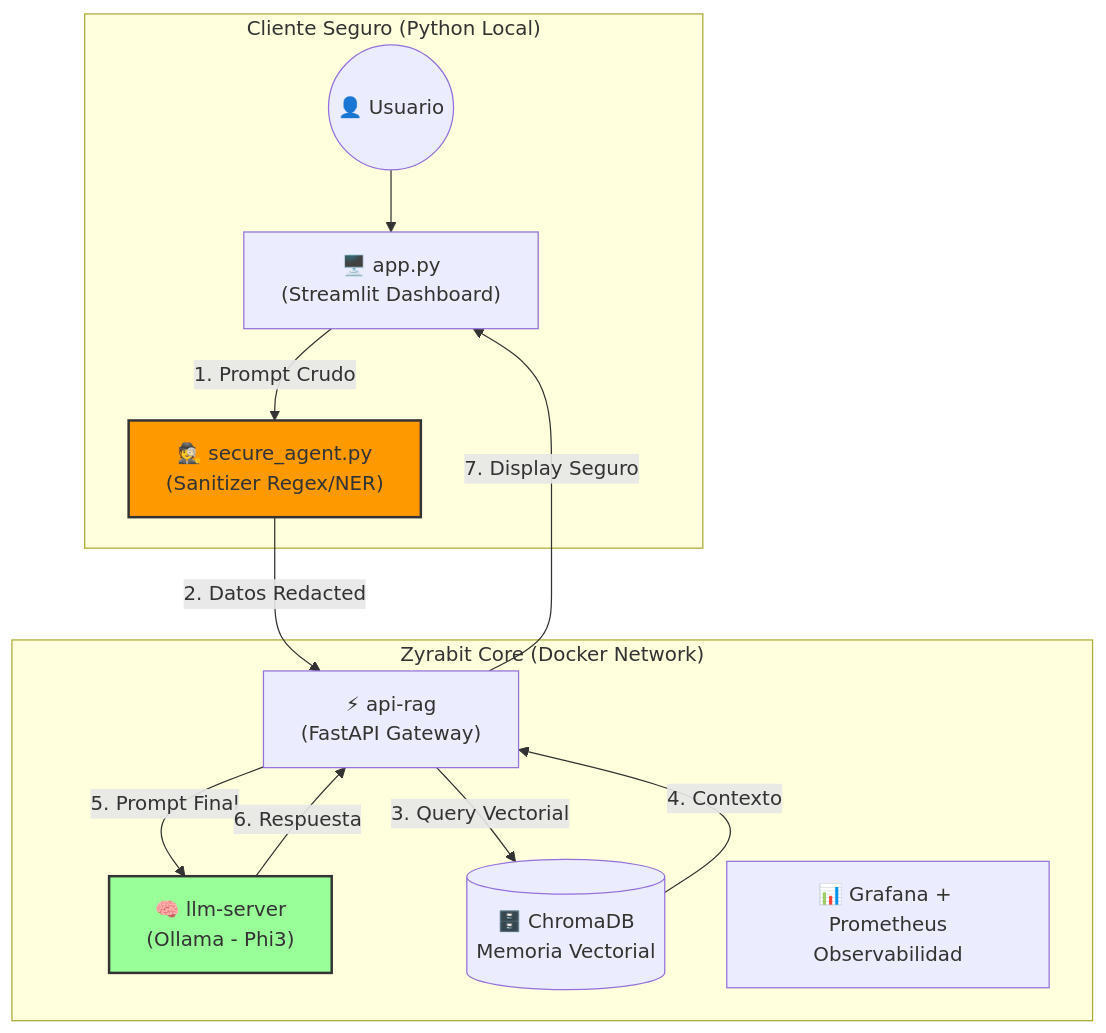
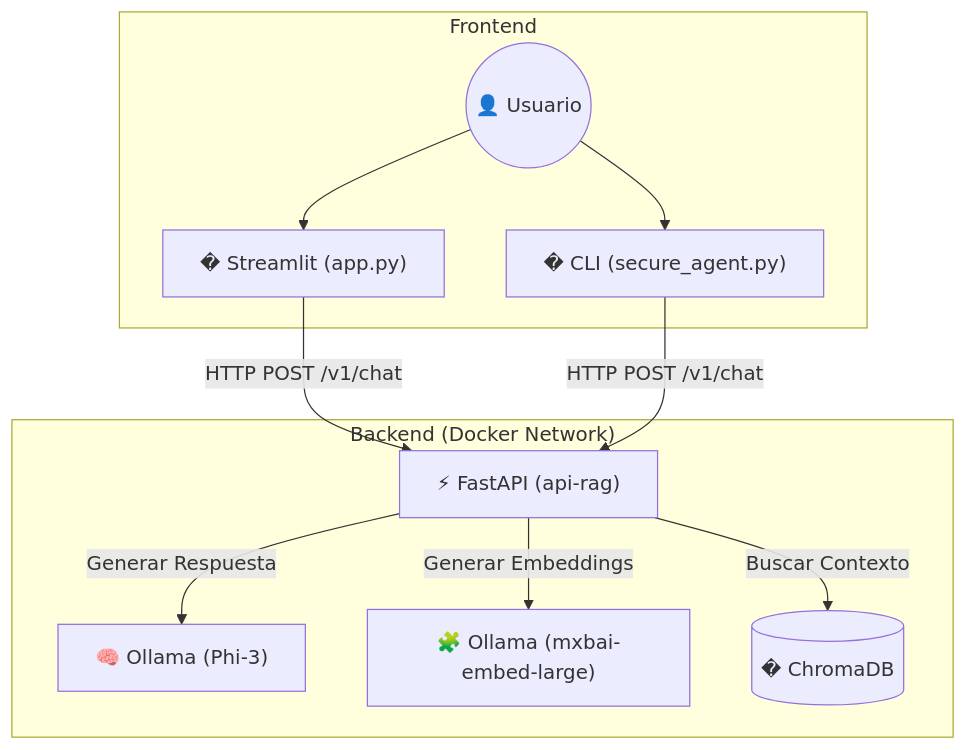
Before and after one commit to Zyrabit-tech/zyrabit-SLM: the diagram in README.md, drawn with Mermaid. The commit also changed other lines of this file and 10 other files, not shown here.

Commit message:
feat: Implement RAG API with `mxbai-embed-large` embeddings for ingestion, add multilingual contribution guides, and update documentation.

````diff
--- a/README.md
+++ b/README.md
@@ -11,27 +20,23 @@
 ```mermaid
 graph TD
-    subgraph "Cliente Seguro (Python Local)"
+    subgraph "Frontend"
         User((👤 Usuario))
-        Agent["🕵️ secure_agent.py<br/>(Sanitizer Regex/NER)"]
-        UI["🖥️ app.py<br/>(Streamlit Dashboard)"]
+        UI["�️ Streamlit (app.py)"]
+        CLI["� CLI (secure_agent.py)"]
     end
 
-    subgraph "Zyrabit Core (Docker Network)"
-        API["⚡ api-rag<br/>(FastAPI Gateway)"]
-        LLM["🧠 llm-server<br/>(Ollama - Phi3)"]
-        VectorDB[("🗄️ ChromaDB<br/>Memoria Vectorial")]
-        Monitor["📊 Grafana + Prometheus<br/>Observabilidad"]
+    subgraph "Backend (Docker Network)"
+        API["⚡ FastAPI (api-rag)"]
+        LLM["🧠 Ollama (Phi-3)"]
+        Embed["🧩 Ollama (mxbai-embed-large)"]
+        VectorDB[("�️ ChromaDB")]
     end
 
     User --> UI
-    UI -->|1. Prompt Crudo| Agent
-    Agent -->|2. Datos Redacted| API
-    API -->|3. Query Vectorial| VectorDB
-    VectorDB -->|4. Contexto| API
-    API -->|5. Prompt Final| LLM
-    LLM -->|6. Respuesta| API
-    API -->|7. Display Seguro| UI
-
-    style Agent fill:#ff9900,stroke:#333,stroke-width:2px
-    style LLM fill:#99ff99,stroke:#333,stroke-width:2px
+    User --> CLI
+    UI -->|HTTP POST /v1/chat| API
+    CLI -->|HTTP POST /v1/chat| API
+    API -->|Generar Embeddings| Embed
+    API -->|Buscar Contexto| VectorDB
+    API -->|Generar Respuesta| LLM
 ```
````
